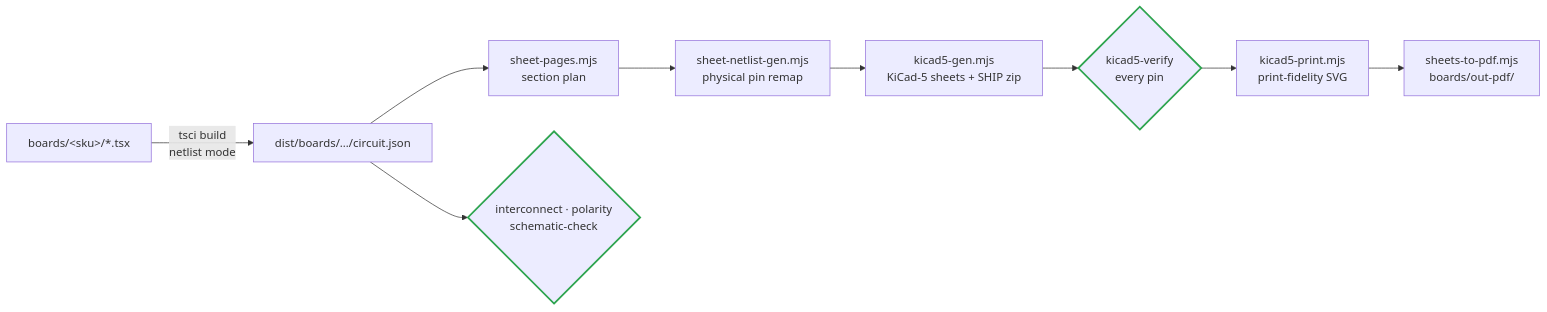
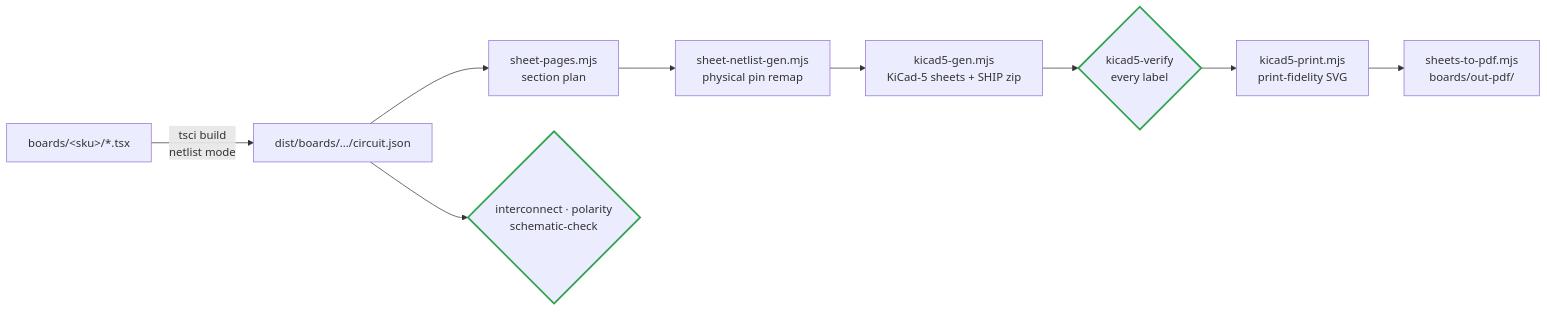
The diagram in boards/README.md (vectivolt/DC-Modules), drawn with Mermaid before and after one commit. The commit also changed other lines of this file and 121 other files, not shown here.

````diff
--- a/boards/README.md
+++ b/boards/README.md
@@ -50,13 +50,13 @@
 ```mermaid
 flowchart LR
   TSX["boards/&lt;sku&gt;/*.tsx"] -->|"tsci build<br/>netlist mode"| NET["dist/boards/…/circuit.json"]
   NET --> PAGES["sheet-pages.mjs<br/>section plan"]
   PAGES --> SNG["sheet-netlist-gen.mjs<br/>physical pin remap"]
   SNG --> K5["kicad5-gen.mjs<br/>KiCad-5 sheets + SHIP zip"]
-  K5 --> VER{"kicad5-verify<br/>every pin"}
+  K5 --> VER{"kicad5-verify<br/>every label"}
   VER --> PRINT["kicad5-print.mjs<br/>print-fidelity SVG"]
   PRINT --> PDF["sheets-to-pdf.mjs<br/>boards/out-pdf/"]
   NET --> AUD{"interconnect · polarity<br/>schematic-check"}
   style VER stroke:#2ea44f,stroke-width:2.5px
   style AUD stroke:#2ea44f,stroke-width:2.5px
 ```
````
